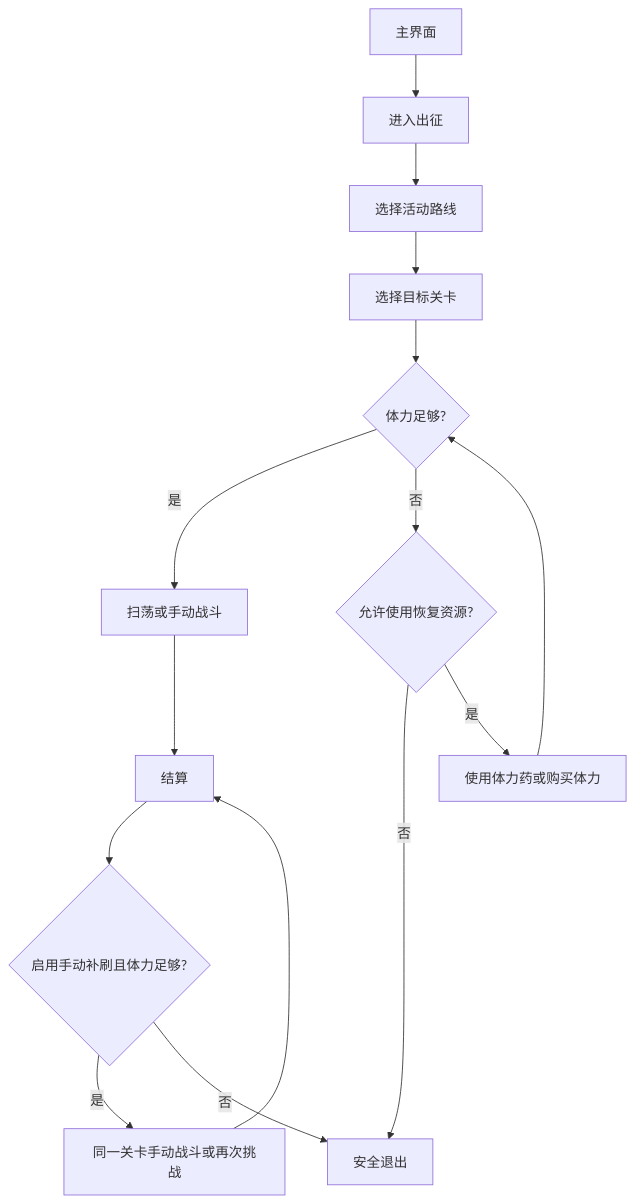
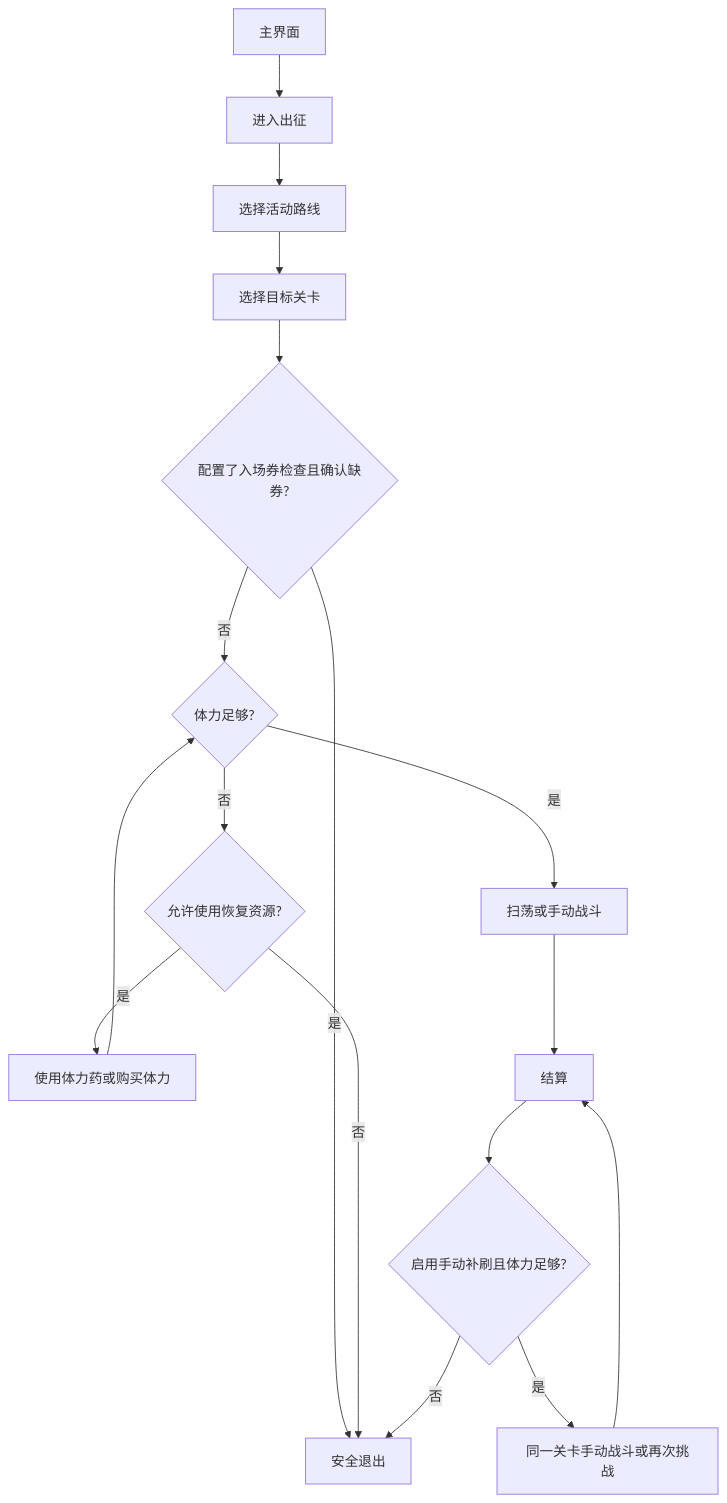
Before and after one commit to cccrx1/TKFMaa: the diagram in docs/zh_cn/tasks/daily_stamina.md, drawn with Mermaid. The commit also changed other lines of this file and 5 other files, not shown here.

````diff
--- a/docs/zh_cn/tasks/daily_stamina.md
+++ b/docs/zh_cn/tasks/daily_stamina.md
@@ -55,18 +55,20 @@
 ```mermaid
 flowchart TD
 A[主界面] --> B[进入出征]
 B --> C[选择活动路线]
 C --> D[选择目标关卡]
-D --> E{体力足够?}
+D --> T{配置了入场券检查且确认缺券?}
+T -->|是| H[安全退出]
+T -->|否| E{体力足够?}
 E -->|是| F[扫荡或手动战斗]
 E -->|否| G{允许使用恢复资源?}
 G -->|否| H[安全退出]
 G -->|是| I[使用体力药或购买体力]
 I --> E
 F --> J[结算]
 J --> K{启用手动补刷且体力足够?}
 K -->|是| L[同一关卡手动战斗或再次挑战]
 L --> J
 K -->|否| H
 
 ```
````
